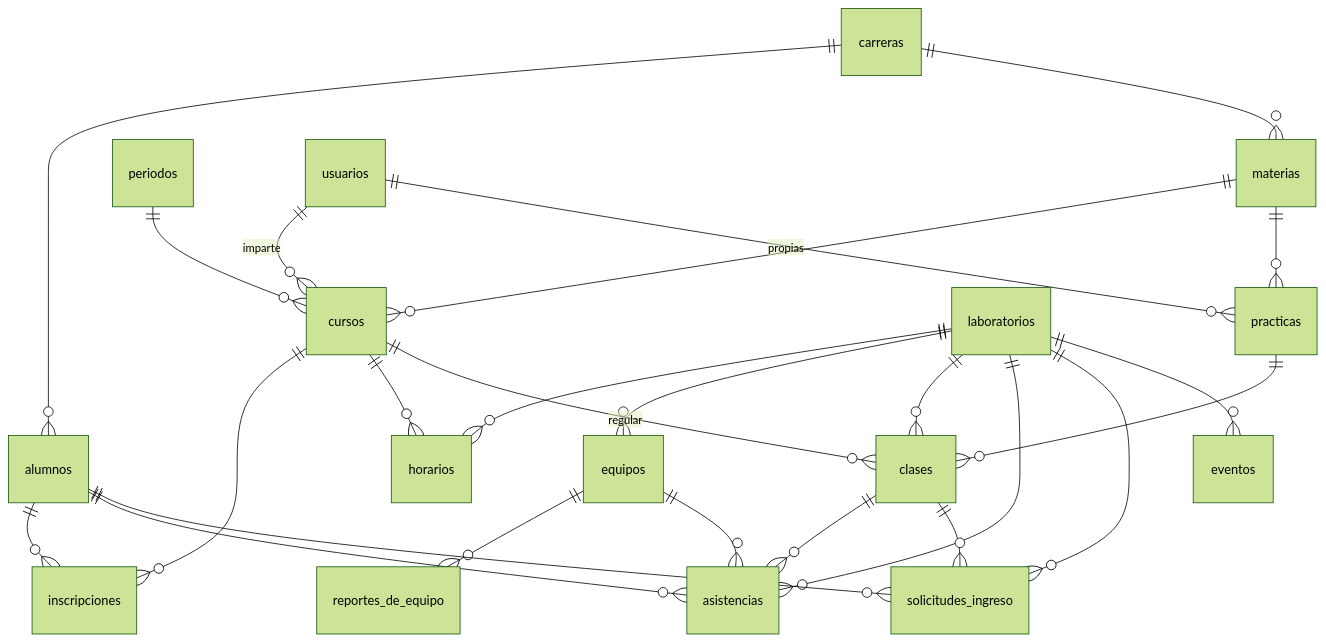
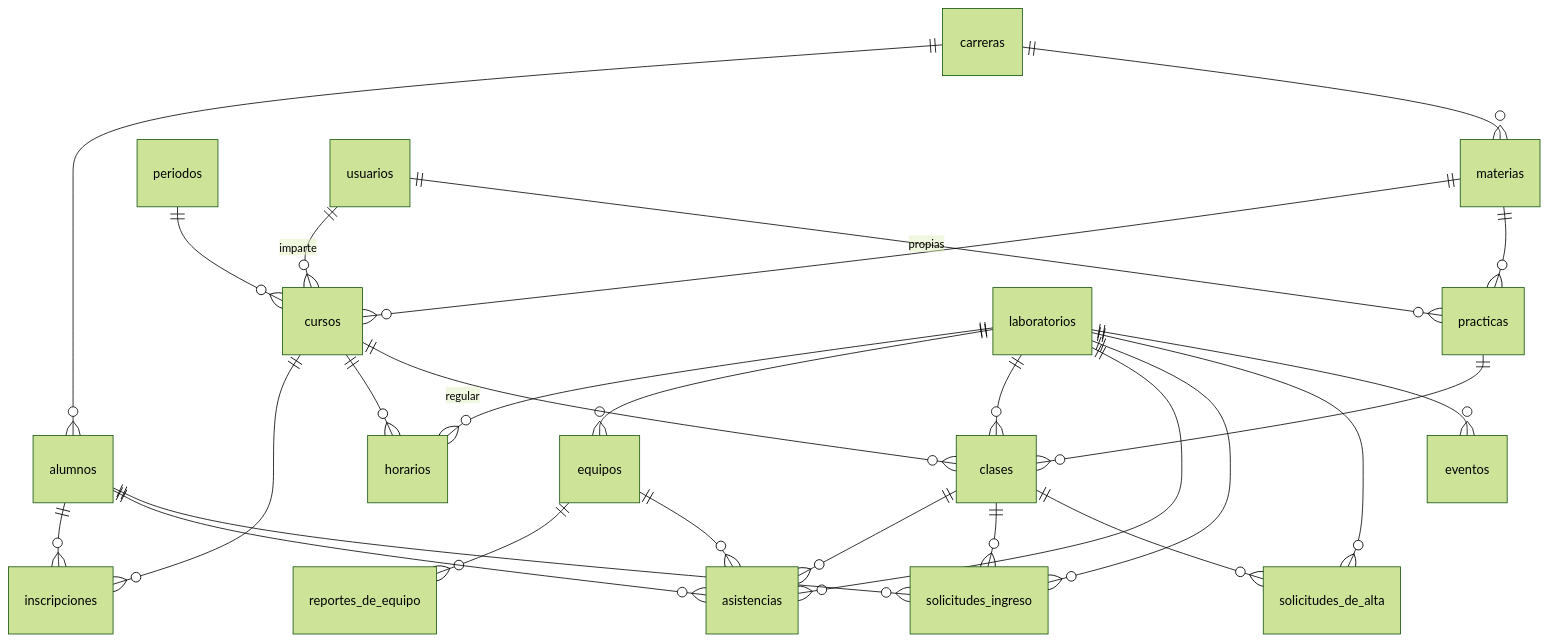
The diagram in docs/modelo-de-datos.md (wasabi1867/sistema_asistencias), drawn with Mermaid (forest theme) before and after one commit. The commit also changed other lines of this file and 25 other files, not shown here.

````diff
--- a/docs/modelo-de-datos.md
+++ b/docs/modelo-de-datos.md
@@ -11,27 +11,29 @@
 ```mermaid
 erDiagram
     carreras ||--o{ alumnos : ""
     carreras ||--o{ materias : ""
     materias ||--o{ cursos : ""
     periodos ||--o{ cursos : ""
     usuarios ||--o{ cursos : "imparte"
     cursos ||--o{ inscripciones : ""
     alumnos ||--o{ inscripciones : ""
     materias ||--o{ practicas : ""
     usuarios ||--o{ practicas : "propias"
     cursos ||--o{ horarios : ""
     laboratorios ||--o{ horarios : ""
     laboratorios ||--o{ equipos : ""
     equipos ||--o{ reportes_de_equipo : ""
     laboratorios ||--o{ clases : ""
     cursos ||--o{ clases : "regular"
     practicas ||--o{ clases : ""
     laboratorios ||--o{ asistencias : ""
     clases ||--o{ asistencias : ""
     alumnos ||--o{ asistencias : ""
     equipos ||--o{ asistencias : ""
     laboratorios ||--o{ solicitudes_ingreso : ""
     clases ||--o{ solicitudes_ingreso : ""
     alumnos ||--o{ solicitudes_ingreso : ""
+    laboratorios ||--o{ solicitudes_de_alta : ""
+    clases ||--o{ solicitudes_de_alta : ""
     laboratorios ||--o{ eventos : ""
 ```
````
